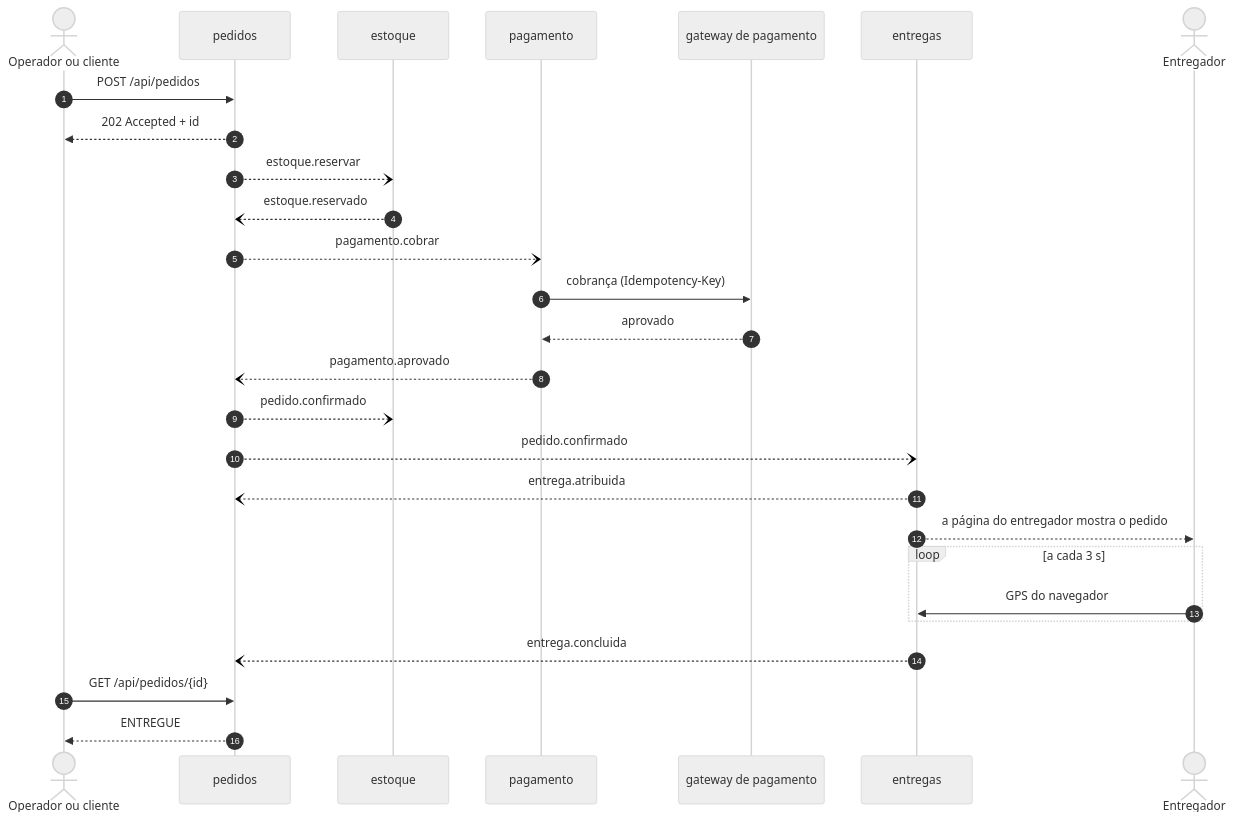
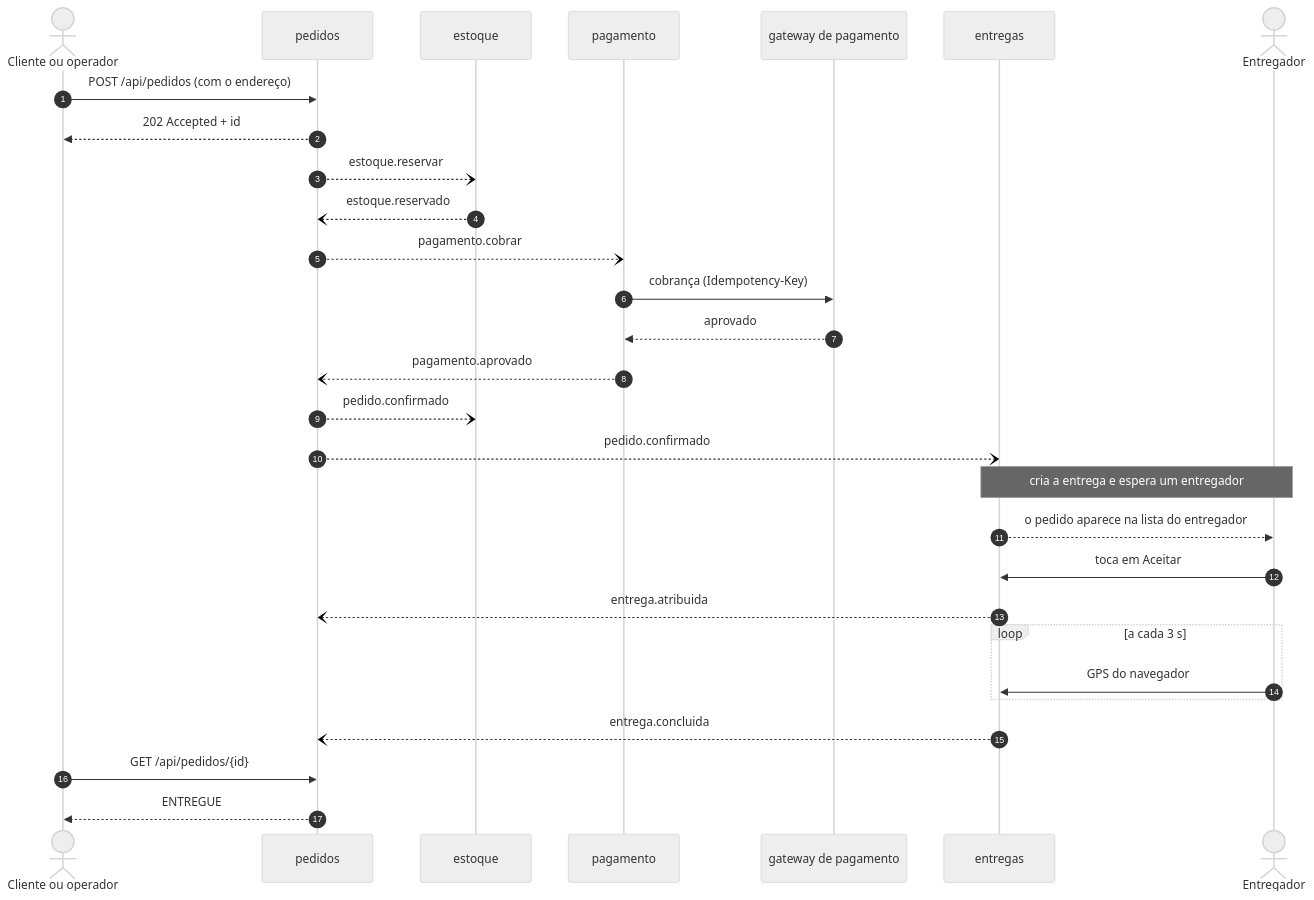
One commit to yurirrabelo/5bitsdelivery changed the diagram in docs/arquitetura/saga.mmd. Above: the diagram before and after it, drawn with Mermaid (neutral theme). The commit also changed 44 other files, not shown here.

```diff
--- a/docs/arquitetura/saga.mmd
+++ b/docs/arquitetura/saga.mmd
@@ -1,27 +1,29 @@
 sequenceDiagram
     autonumber
-    actor C as Operador ou cliente
+    actor C as Cliente ou operador
     participant P as pedidos
     participant E as estoque
     participant PG as pagamento
     participant GW as gateway de pagamento
     participant ENT as entregas
     actor M as Entregador
-    C->>P: POST /api/pedidos
+    C->>P: POST /api/pedidos (com o endereço)
     P-->>C: 202 Accepted + id
     P--)E: estoque.reservar
     E--)P: estoque.reservado
     P--)PG: pagamento.cobrar
     PG->>GW: cobrança (Idempotency-Key)
     GW-->>PG: aprovado
     PG--)P: pagamento.aprovado
     P--)E: pedido.confirmado
     P--)ENT: pedido.confirmado
+    Note over ENT,M: cria a entrega e espera um entregador
+    ENT-->>M: o pedido aparece na lista do entregador
+    M->>ENT: toca em Aceitar
     ENT--)P: entrega.atribuida
-    ENT-->>M: a página do entregador mostra o pedido
     loop a cada 3 s
         M->>ENT: GPS do navegador
     end
     ENT--)P: entrega.concluida
     C->>P: GET /api/pedidos/{id}
     P-->>C: ENTREGUE
```
